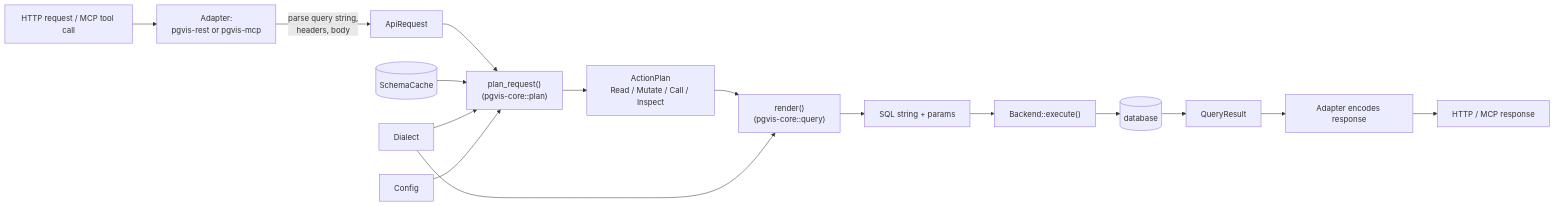
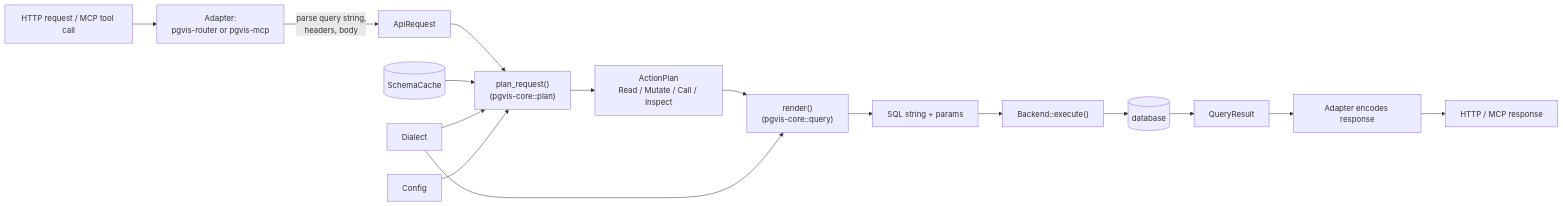
The diagram in arch/01-overview.md (storyvis/pgvis), drawn with Mermaid before and after one commit. The commit also changed other lines of this file and 8 other files, not shown here.

First line of the commit message:
docs(arch): sync architecture docs with current code

````diff
--- a/arch/01-overview.md
+++ b/arch/01-overview.md
@@ -52,18 +52,18 @@
 ```mermaid
 flowchart LR
-    REQ[HTTP request / MCP tool call] --> ADP[Adapter:<br/>pgvis-rest or pgvis-mcp]
+    REQ[HTTP request / MCP tool call] --> ADP[Adapter:<br/>pgvis-router or pgvis-mcp]
     ADP -->|parse query string,<br/>headers, body| AR[ApiRequest]
     AR --> PR["plan_request()<br/>(pgvis-core::plan)"]
     SC[(SchemaCache)] --> PR
     DL[Dialect] --> PR
     CFG[Config] --> PR
     PR --> AP[ActionPlan<br/>Read / Mutate / Call / Inspect]
     AP --> RND["render()<br/>(pgvis-core::query)"]
     DL --> RND
     RND --> SQLP[SQL string + params]
     SQLP --> BE["Backend::execute()"]
     BE --> DB[(database)]
     DB --> QR[QueryResult]
     QR --> ADP2[Adapter encodes response]
     ADP2 --> RESP[HTTP / MCP response]
 ```
````
